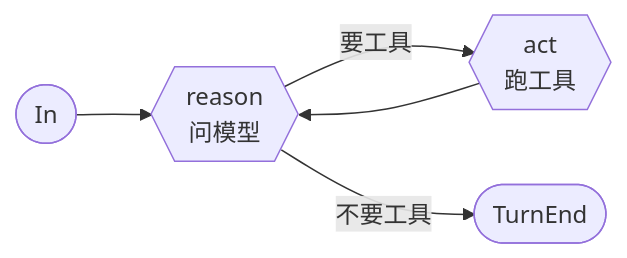
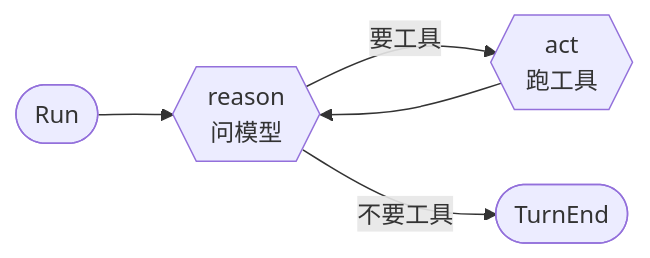
One commit to genai-io/sdk-go changed the second of 5 diagrams in docs/agent.zh-CN.md. Above: the diagram before and after it, drawn with Mermaid. The commit also changed other lines of this file and 27 other files, not shown here.

````diff
--- a/docs/agent.zh-CN.md
+++ b/docs/agent.zh-CN.md
@@ -54,7 +54,7 @@
 ```mermaid
 flowchart LR
-    in([In]) --> reason
+    in([Run]) --> reason
     reason{{"reason<br/>问模型"}} -->|要工具| act{{"act<br/>跑工具"}}
     act --> reason
     reason -->|不要工具| done([TurnEnd])
 ```
````
